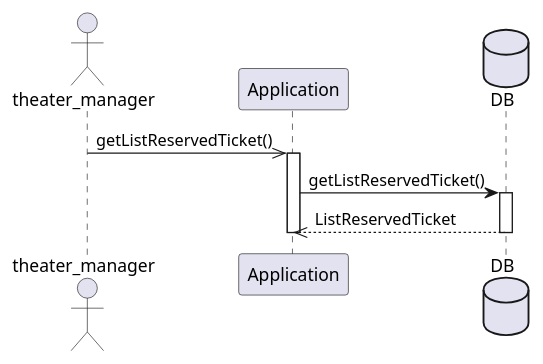
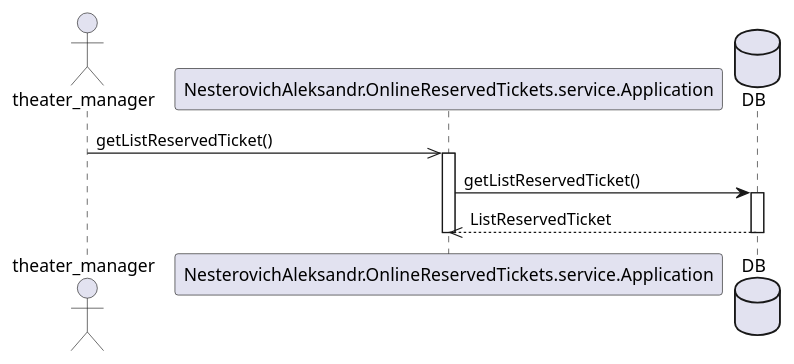
One commit to chivo-retsen/OnlineReservedTickets changed the diagram in src/main/resources/UML/see the number of reserved tickets.puml. Above: the diagram before and after it, drawn with PlantUML. The commit also changed 31 other files, not shown here.

```diff
--- a/src/main/resources/UML/see the number of reserved tickets.puml
+++ b/src/main/resources/UML/see the number of reserved tickets.puml
@@ -1,18 +1,18 @@
 @startuml
 
 actor theater_manager
 
-theater_manager ->> Application : getListReservedTicket()
+theater_manager ->> NesterovichAleksandr.OnlineReservedTickets.service.Application : getListReservedTicket()
 
-activate Application
+activate NesterovichAleksandr.OnlineReservedTickets.service.Application
 
 database DB
 
-Application -> DB : getListReservedTicket()
+NesterovichAleksandr.OnlineReservedTickets.service.Application -> DB : getListReservedTicket()
 activate DB
-Application <<-- DB : ListReservedTicket
+NesterovichAleksandr.OnlineReservedTickets.service.Application <<-- DB : ListReservedTicket
 deactivate DB
 
-deactivate Application
+deactivate NesterovichAleksandr.OnlineReservedTickets.service.Application
 
 @enduml
```
